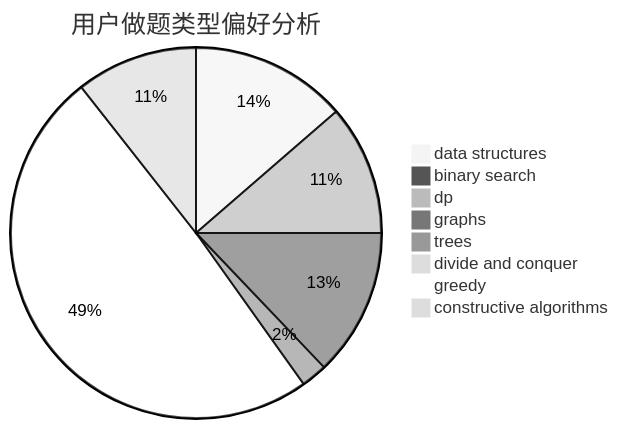
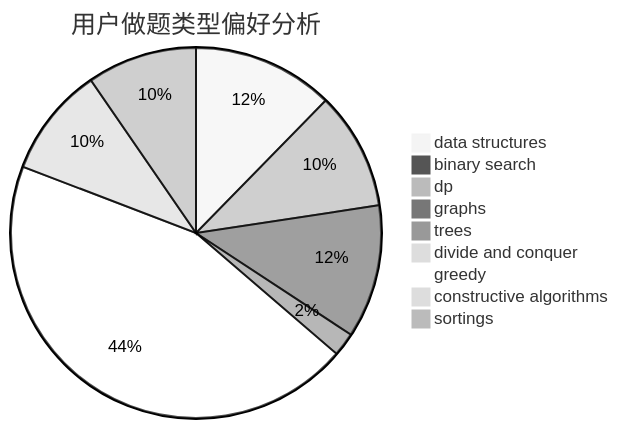
One commit to sherpahu/cfrs.github.io changed the second of 3 diagrams in docs/user/u2357.md. Above: the diagram before and after it, drawn with Mermaid (neutral theme). The commit also changed other lines of this file and 2769 other files, not shown here.

````diff
--- a/docs/user/u2357.md
+++ b/docs/user/u2357.md
@@ -23,11 +18,12 @@
 ```mermaid
 pie title 用户做题类型偏好分析
     "data structures" :  18
     "binary search" :  1
     "dp" :  15
     "graphs" :  17
     "trees" :  3
     "divide and conquer" :  0
     "greedy" :  65
     "constructive algorithms" :  14
+    "sortings" :  14
 ```
````
